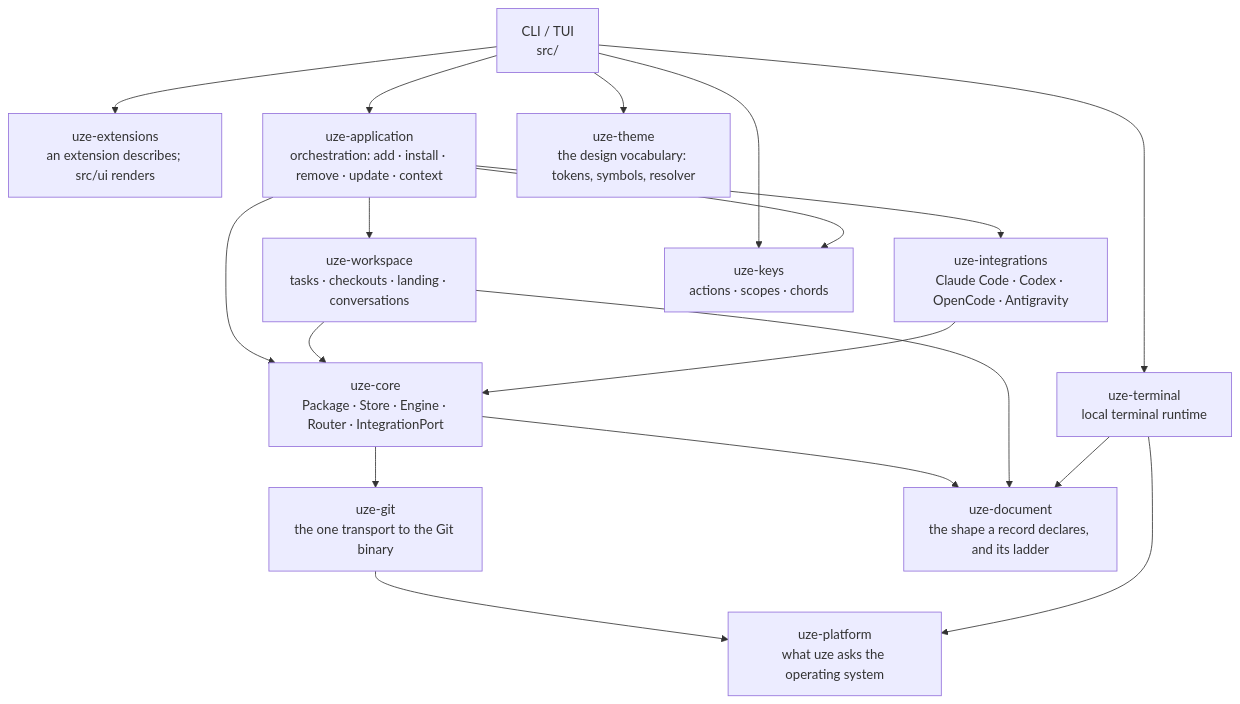
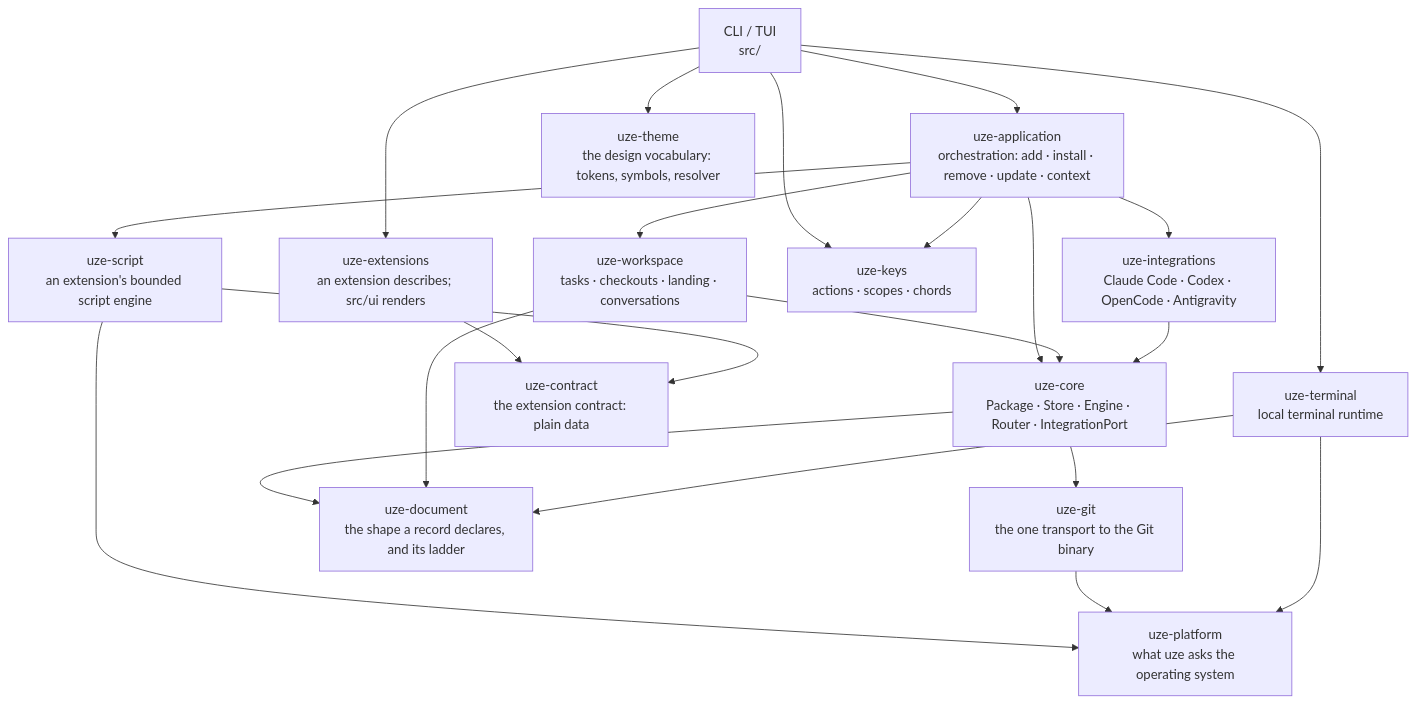
The diagram in web/content/docs/architecture.mdx (uze-sh/uze), drawn with Mermaid before and after one commit. The commit also changed other lines of this file and 32 other files, not shown here.

````diff
--- a/web/content/docs/architecture.mdx
+++ b/web/content/docs/architecture.mdx
@@ -10,33 +10,39 @@
 ```mermaid
 graph TD
     CLI["CLI / TUI<br/>src/"]
     EXT["uze-extensions<br/>an extension describes; src/ui renders"]
     APP["uze-application<br/>orchestration: add · install · remove · update · context"]
     CORE["uze-core<br/>Package · Store · Engine · Router · IntegrationPort"]
     WS["uze-workspace<br/>tasks · checkouts · landing · conversations"]
     INTEG["uze-integrations<br/>Claude Code · Codex · OpenCode · Antigravity"]
     TERM["uze-terminal<br/>local terminal runtime"]
     GIT["uze-git<br/>the one transport to the Git binary"]
     THEME["uze-theme<br/>the design vocabulary: tokens, symbols, resolver"]
     KEYS["uze-keys<br/>actions · scopes · chords"]
     DOC["uze-document<br/>the shape a record declares, and its ladder"]
     PLAT["uze-platform<br/>what uze asks the operating system"]
+    CONTRACT["uze-contract<br/>the extension contract: plain data"]
+    SCRIPT["uze-script<br/>an extension's bounded script engine"]
 
     CLI --> EXT
     CLI --> APP
     CLI --> TERM
     CLI --> THEME
     CLI --> KEYS
     APP --> WS
     APP --> CORE
     APP --> INTEG
     APP --> KEYS
+    APP --> SCRIPT
+    EXT --> CONTRACT
+    SCRIPT --> CONTRACT
+    SCRIPT --> PLAT
     WS --> CORE
     INTEG --> CORE
     CORE --> GIT
     CORE --> DOC
     WS --> DOC
     TERM --> DOC
     GIT --> PLAT
     TERM --> PLAT
 ```
````
